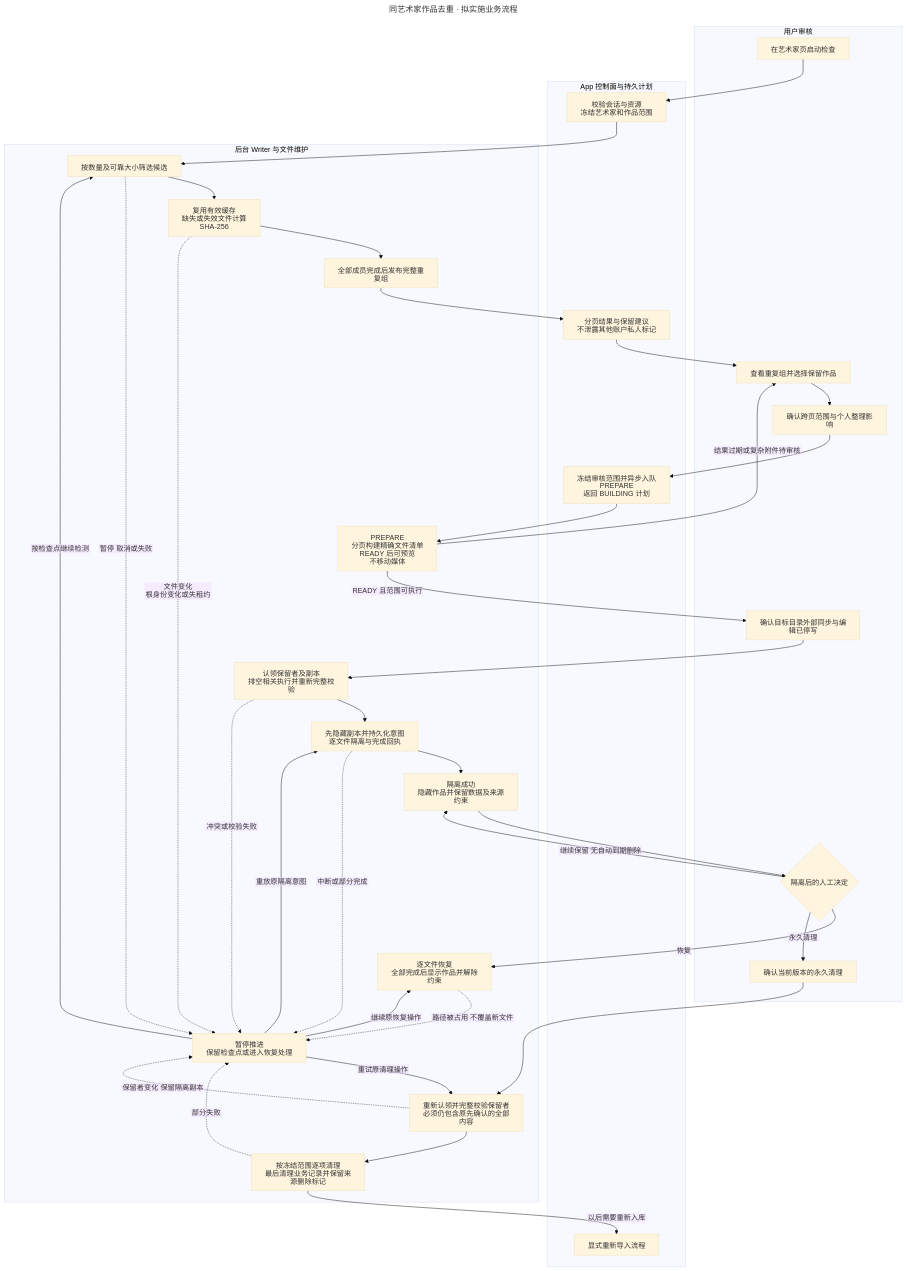
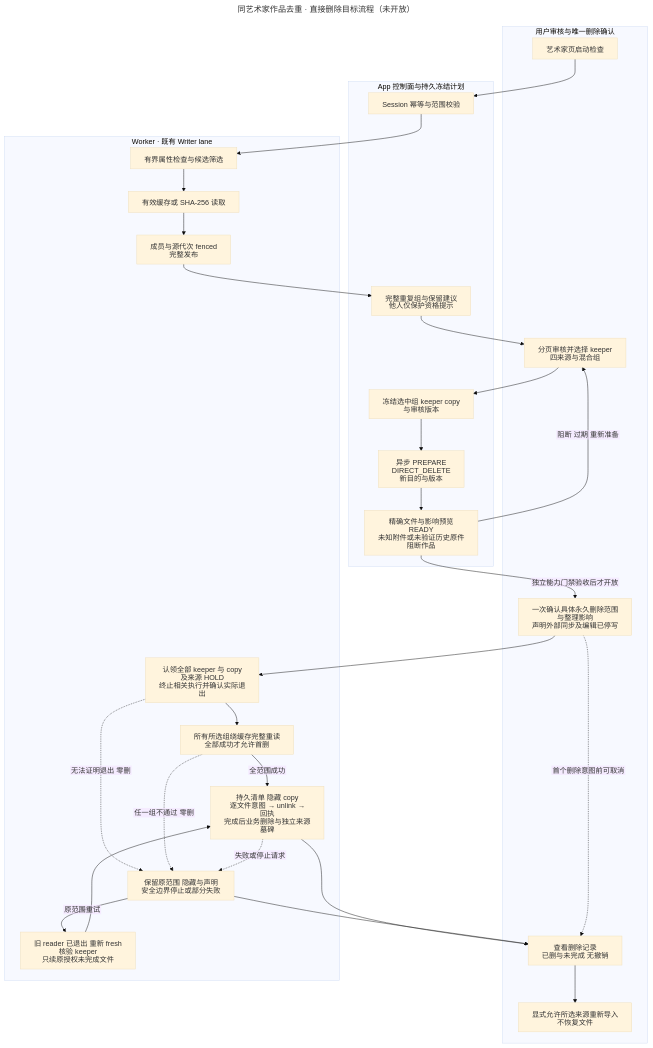
One commit to namehu/PixiShelf changed the diagram in docs/diagrams/features/artwork-deduplication/business-flow.mmd. Above: the diagram before and after it, drawn with Mermaid (base theme). The commit also changed 335 other files, not shown here.

```diff
--- a/docs/diagrams/features/artwork-deduplication/business-flow.mmd
+++ b/docs/diagrams/features/artwork-deduplication/business-flow.mmd
@@ -1,54 +1,41 @@
 ---
 config:
   htmlLabels: false
   flowchart:
     htmlLabels: false
-title: 同艺术家作品去重 · 拟实施业务流程
+title: 同艺术家作品去重 · 直接删除目标流程（未开放）
 ---
 flowchart TB
-  subgraph Human[用户审核]
-    B01[在艺术家页启动检查]
-    B07[查看重复组并选择保留作品]
-    B08[确认跨页范围与个人整理影响]
-    B10[确认目标目录外部同步与编辑已停写]
-    B14{隔离后的人工决定}
-    B17[确认当前版本的永久清理]
+  subgraph Human[用户审核与唯一删除确认]
+    B01[艺术家页启动检查]
+    B07[分页审核并选择 keeper<br/>四来源与混合组]
+    B10[一次确认具体永久删除范围与整理影响<br/>声明外部同步及编辑已停写]
+    B14[查看删除记录<br/>已删与未完成 无撤销]
+    B15[显式允许所选来源重新导入<br/>不恢复文件]
   end
-  subgraph Control[App 控制面与持久计划]
-    B02[校验会话与资源<br/>冻结艺术家和作品范围]
-    B06[分页结果与保留建议<br/>不泄露其他账户私人标记]
-    B09[冻结审核范围并异步入队 PREPARE<br/>返回 BUILDING 计划]
-    B21[显式重新导入流程]
+  subgraph App[App 控制面与持久冻结计划]
+    B02[Session 幂等与范围校验]
+    B06[完整重复组与保留建议<br/>他人仅保护资格提示]
+    B08[冻结选中组 keeper copy 与审核版本]
+    B09[异步 PREPARE<br/>DIRECT_DELETE 新目的与版本]
+    B22[精确文件与影响预览 READY<br/>未知附件或未验证历史原件阻断作品]
   end
-  subgraph Background[后台 Writer 与文件维护]
-    B22[PREPARE 分页构建精确文件清单<br/>READY 后可预览 不移动媒体]
-    B03[按数量及可靠大小筛选候选]
-    B04[复用有效缓存<br/>缺失或失效文件计算 SHA-256]
-    B05[全部成员完成后发布完整重复组]
-    B11[认领保留者及副本<br/>排空相关执行并重新完整校验]
-    B12[先隐藏副本并持久化意图<br/>逐文件隔离与完成回执]
-    B13[隔离成功<br/>隐藏作品并保留数据及来源约束]
-    B15[逐文件恢复<br/>全部完成后显示作品并解除约束]
-    B18[重新认领并完整校验保留者<br/>必须仍包含原先确认的全部内容]
-    B19[按冻结范围逐项清理<br/>最后清理业务记录并保留来源删除标记]
-    B20[暂停推进<br/>保留检查点或进入恢复处理]
+  subgraph Background[Worker · 既有 Writer lane]
+    B03[有界属性检查与候选筛选]
+    B04[有效缓存或 SHA-256 读取]
+    B05[成员与源代次 fenced 完整发布]
+    B11[认领全部 keeper 与 copy 及来源 HOLD<br/>终止相关执行并确认实际退出]
+    B12[所有所选组绕缓存完整重读<br/>全部成功才允许首删]
+    B13[持久清单 隐藏 copy<br/>逐文件意图 → unlink → 回执<br/>完成后业务删除与独立来源墓碑]
+    B16[保留原范围 隐藏与声明<br/>安全边界停止或部分失败]
+    B17[旧 reader 已退出 重新 fresh 核验 keeper<br/>只续原授权未完成文件]
   end
-  B01 --> B02 --> B03 --> B04 --> B05 --> B06 --> B07 --> B08 --> B09
-  B09 --> B22
-  B22 -->|结果过期或复杂附件待审核| B07
-  B22 -->|READY 且范围可执行| B10 --> B11 --> B12 --> B13 --> B14
-  B14 -->|继续保留 无自动到期删除| B13
-  B14 -->|恢复| B15
-  B14 -->|永久清理| B17 --> B18 --> B19
-  B19 -->|以后需要重新入库| B21
-  B03 -.->|暂停 取消或失败| B20
-  B04 -.->|文件变化 根身份变化或失租约| B20
-  B11 -.->|冲突或校验失败| B20
-  B12 -.->|中断或部分完成| B20
-  B15 -.->|路径被占用 不覆盖新文件| B20
-  B18 -.->|保留者变化 保留隔离副本| B20
-  B19 -.->|部分失败| B20
-  B20 -->|按检查点继续检测| B03
-  B20 -->|重放原隔离意图| B12
-  B20 -->|继续原恢复操作| B15
-  B20 -->|重试原清理操作| B18
+  B01 --> B02 --> B03 --> B04 --> B05 --> B06 --> B07 --> B08 --> B09 --> B22
+  B22 -->|阻断 过期 重新准备| B07
+  B22 -->|独立能力门禁验收后才开放| B10 --> B11 --> B12
+  B12 -->|全范围成功| B13 --> B14 --> B15
+  B11 -.->|无法证明退出 零删| B16
+  B12 -.->|任一组不通过 零删| B16
+  B13 -.->|失败或停止请求| B16 --> B14
+  B16 -->|原范围重试| B17 --> B13
+  B10 -.->|首个删除意图前可取消| B14
```
